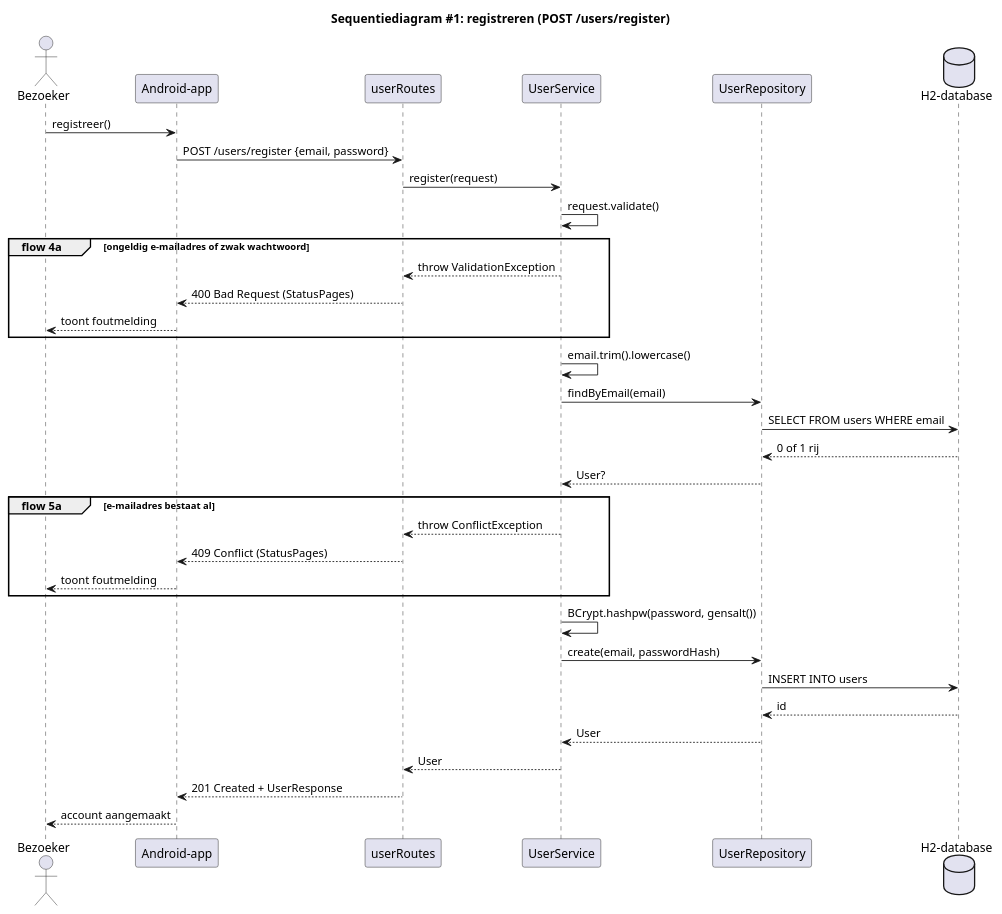
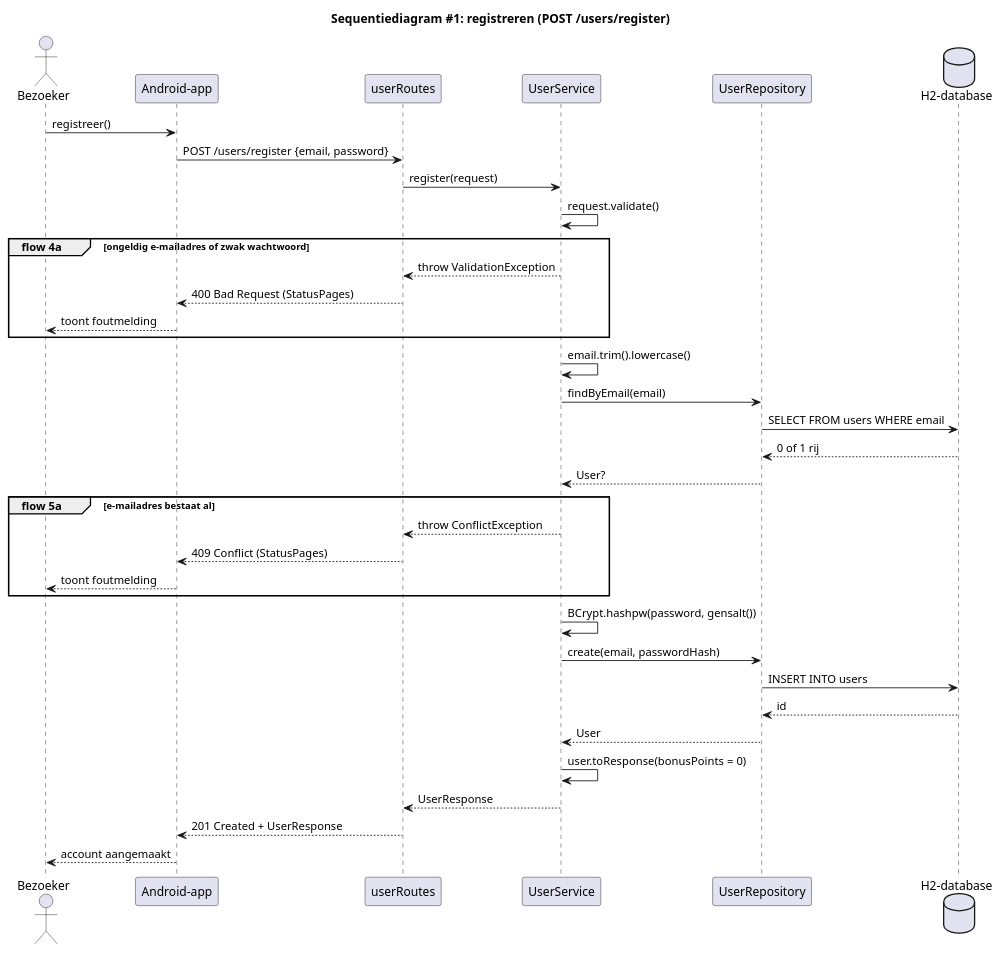
The diagram in diagrams/sequence/RegisterUser.puml (MarkPrins18/hbo-leerjaar2), drawn with PlantUML before and after one commit. The commit also changed 6 other files, not shown here.

Commit message:
refactor: UserService geeft UserResponse terug, route kent geen mapper meer

```diff
--- a/diagrams/sequence/RegisterUser.puml
+++ b/diagrams/sequence/RegisterUser.puml
@@ -1,43 +1,44 @@
 @startuml RegisterUser
 title Sequentiediagram #1: registreren (POST /users/register)
 
 actor Bezoeker as g
 participant "Android-app" as app
 participant "userRoutes" as rt
 participant "UserService" as svc
 participant "UserRepository" as repo
 database "H2-database" as db
 
 g -> app : registreer()
 app -> rt : POST /users/register {email, password}
 rt -> svc : register(request)
 svc -> svc : request.validate()
 
 group flow 4a [ongeldig e-mailadres of zwak wachtwoord]
     svc --> rt : throw ValidationException
     rt --> app : 400 Bad Request (StatusPages)
     app --> g : toont foutmelding
 end
 
 svc -> svc : email.trim().lowercase()
 svc -> repo : findByEmail(email)
 repo -> db : SELECT FROM users WHERE email
 db --> repo : 0 of 1 rij
 repo --> svc : User?
 
 group flow 5a [e-mailadres bestaat al]
     svc --> rt : throw ConflictException
     rt --> app : 409 Conflict (StatusPages)
     app --> g : toont foutmelding
 end
 
 svc -> svc : BCrypt.hashpw(password, gensalt())
 svc -> repo : create(email, passwordHash)
 repo -> db : INSERT INTO users
 db --> repo : id
 repo --> svc : User
-svc --> rt : User
+svc -> svc : user.toResponse(bonusPoints = 0)
+svc --> rt : UserResponse
 rt --> app : 201 Created + UserResponse
 app --> g : account aangemaakt
 
 @enduml
```
